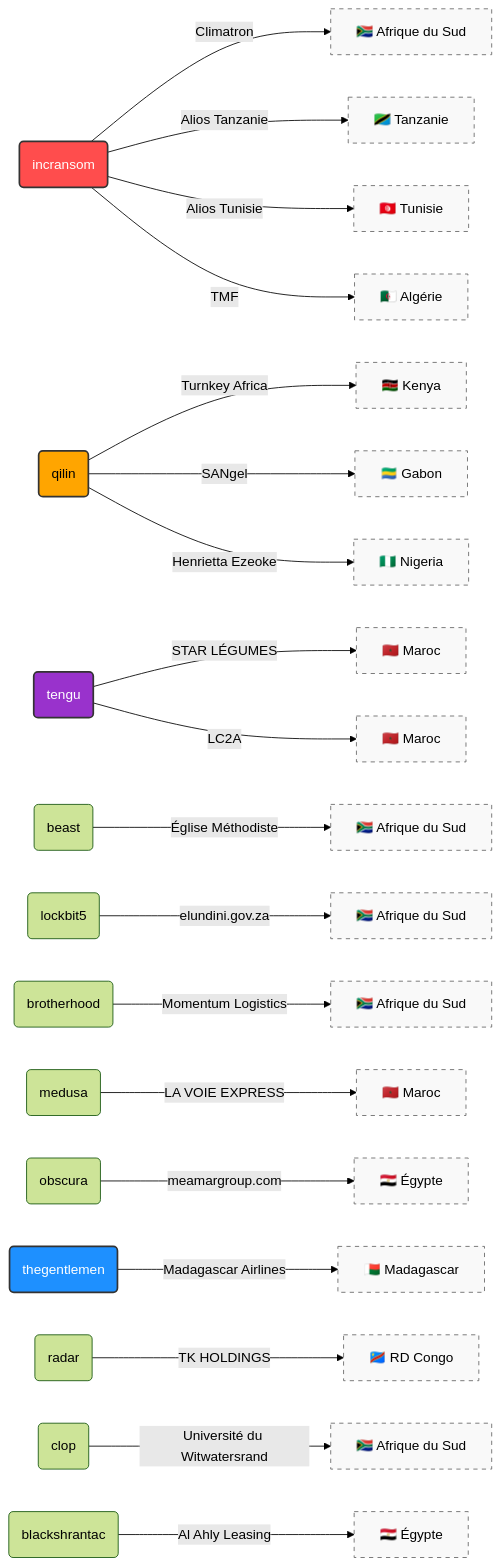
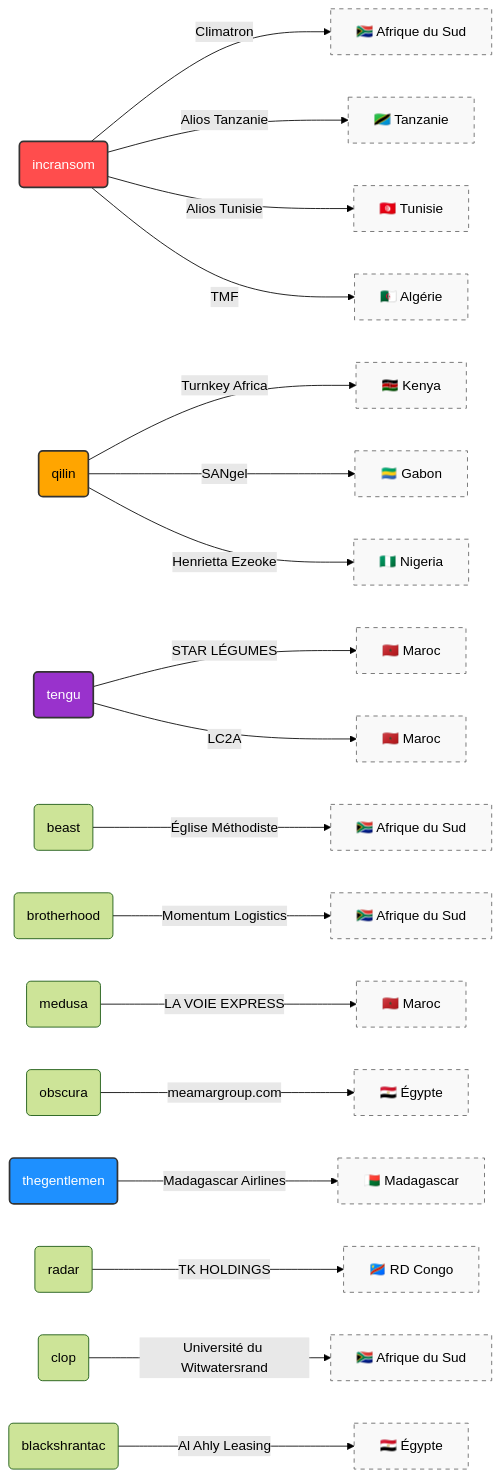
One commit to Hatchepsoute/AFRINTEL changed the third of 3 diagrams in reports/2025/10-october/README_FR.md. Above: the diagram before and after it, drawn with Mermaid (forest theme). The commit also changed other lines of this file and 14 other files, not shown here.

````diff
--- a/reports/2025/10-october/README_FR.md
+++ b/reports/2025/10-october/README_FR.md
@@ -170,38 +159,37 @@
 ```mermaid
 graph LR
     %% Relations incransom
     incransom(incransom) -->|Climatron| SA1["🇿🇦 Afrique du Sud"]
     incransom -->|Alios Tanzanie| Tanzania["🇹🇿 Tanzanie"]
     incransom -->|Alios Tunisie| Tunisia["🇹🇳 Tunisie"]
     incransom -->|TMF| Algeria["🇩🇿 Algérie"]
 
     %% Relations qilin
     qilin(qilin) -->|Turnkey Africa| Kenya["🇰🇪 Kenya"]
     qilin -->|SANgel| Gabon["🇬🇦 Gabon"]
     qilin -->|Henrietta Ezeoke| Nigeria["🇳🇬 Nigeria"]
 
     %% Relations tengu
     tengu(tengu) -->|STAR LÉGUMES| Morocco1["🇲🇦 Maroc"]
     tengu -->|LC2A| Morocco2["🇲🇦 Maroc"]
 
     %% Autres acteurs
     beast(beast) -->|Église Méthodiste| SA2["🇿🇦 Afrique du Sud"]
-    lockbit5(lockbit5) -->|elundini.gov.za| SA3["🇿🇦 Afrique du Sud"]
     brotherhood(brotherhood) -->|Momentum Logistics| SA4["🇿🇦 Afrique du Sud"]
     medusa(medusa) -->|LA VOIE EXPRESS| Morocco3["🇲🇦 Maroc"]
     obscura(obscura) -->|meamargroup.com| Egypt1["🇪🇬 Égypte"]
     thegentlemen(thegentlemen) -->|Madagascar Airlines| Madagascar["🇲🇬 Madagascar"]
     radar(radar) -->|TK HOLDINGS| DRC["🇨🇩 RD Congo"]
     clop(clop) -->|Université du Witwatersrand| SA5["🇿🇦 Afrique du Sud"]
     blackshrantac(blackshrantac) -->|Al Ahly Leasing| Egypt2["🇪🇬 Égypte"]
 
     %% Styles et Couleurs
     style incransom fill:#ff4d4d,stroke:#333,stroke-width:2px,color:#fff
     style qilin fill:#ffa500,stroke:#333,stroke-width:2px
     style tengu fill:#9932cc,stroke:#333,stroke-width:2px,color:#fff
     style thegentlemen fill:#1e90ff,stroke:#333,stroke-width:2px,color:#fff
     
     %% Style des pays (Nodes de destination)
     classDef country fill:#f9f9f9,stroke:#666,stroke-dasharray: 5 5
-    class SA1,SA2,SA3,SA4,SA5,Tanzania,Tunisia,Algeria,Kenya,Gabon,Nigeria,Morocco1,Morocco2,Morocco3,Egypt1,Egypt2,Madagascar,DRC country
+    class SA1,SA2,SA4,SA5,Tanzania,Tunisia,Algeria,Kenya,Gabon,Nigeria,Morocco1,Morocco2,Morocco3,Egypt1,Egypt2,Madagascar,DRC country
 ```
````
